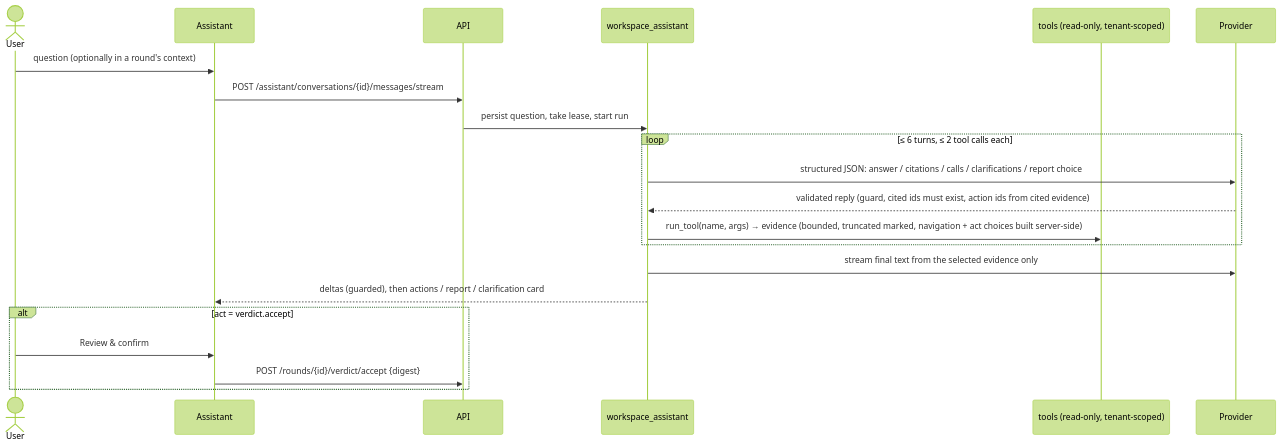
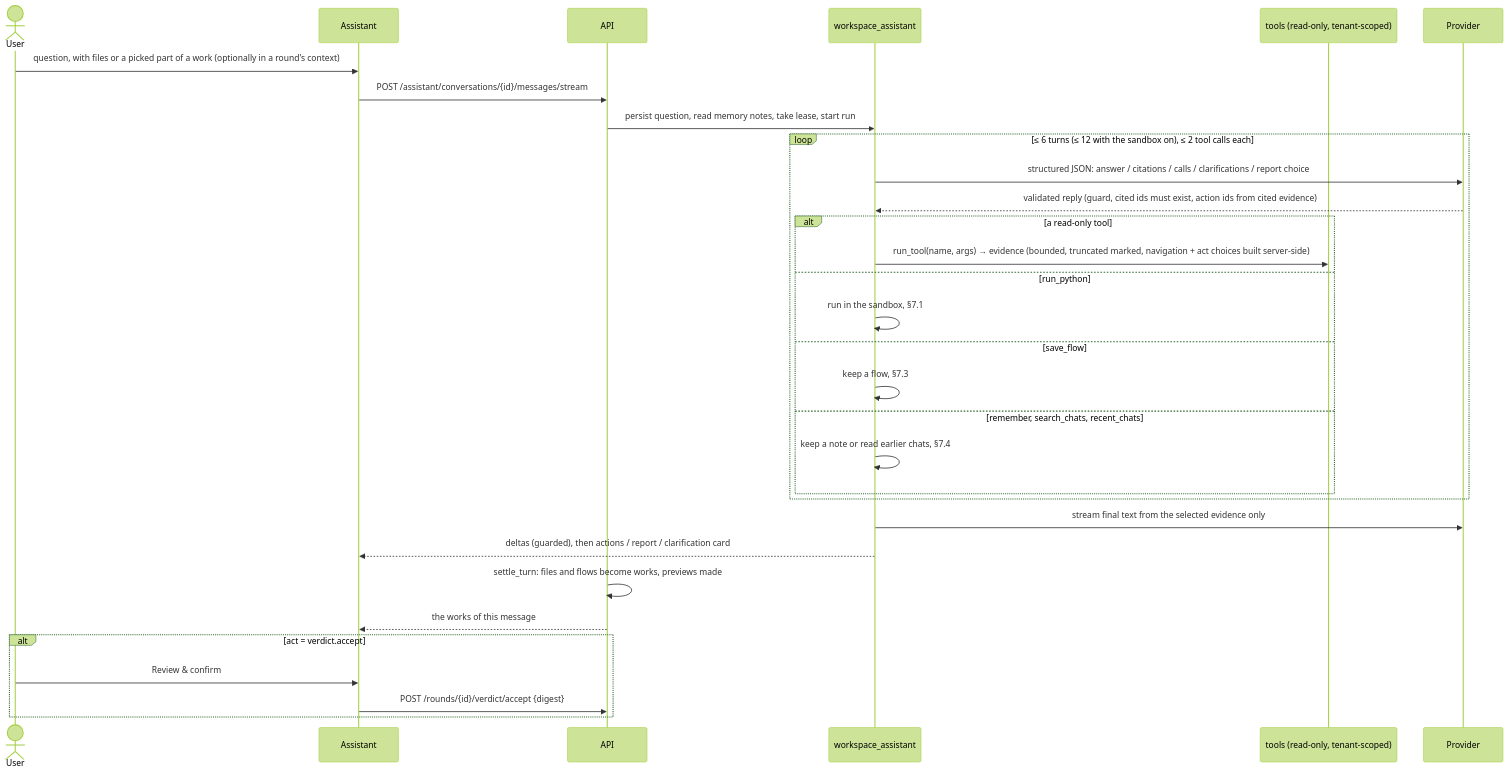
The ninth of 20 diagrams in docs/SYSTEM_FLOWS.md (BeatChalongrat/Forma), drawn with Mermaid (forest theme) before and after one commit. The commit also changed other lines of this file and 11 other files, not shown here.

First line of the commit message:
docs: flows and stories for one person on one machine

````diff
--- a/docs/SYSTEM_FLOWS.md
+++ b/docs/SYSTEM_FLOWS.md
@@ -213,23 +305,33 @@
 ```mermaid
 sequenceDiagram
   actor U as User
   participant UI as Assistant
   participant API as API
   participant A as workspace_assistant
   participant T as tools (read-only, tenant-scoped)
   participant LLM as Provider
-  U->>UI: question (optionally in a round's context)
+  U->>UI: question, with files or a picked part of a work (optionally in a round's context)
   UI->>API: POST /assistant/conversations/{id}/messages/stream
-  API->>A: persist question, take lease, start run
-  loop ≤ 6 turns, ≤ 2 tool calls each
+  API->>A: persist question, read memory notes, take lease, start run
+  loop ≤ 6 turns (≤ 12 with the sandbox on), ≤ 2 tool calls each
     A->>LLM: structured JSON: answer / citations / calls / clarifications / report choice
     LLM-->>A: validated reply (guard, cited ids must exist, action ids from cited evidence)
-    A->>T: run_tool(name, args) → evidence (bounded, truncated marked, navigation + act choices built server-side)
+    alt a read-only tool
+      A->>T: run_tool(name, args) → evidence (bounded, truncated marked, navigation + act choices built server-side)
+    else run_python
+      A->>A: run in the sandbox, §7.1
+    else save_flow
+      A->>A: keep a flow, §7.3
+    else remember, search_chats, recent_chats
+      A->>A: keep a note or read earlier chats, §7.4
+    end
   end
   A->>LLM: stream final text from the selected evidence only
   A-->>UI: deltas (guarded), then actions / report / clarification card
+  API->>API: settle_turn: files and flows become works, previews made
+  API-->>UI: the works of this message
   alt act = verdict.accept
     U->>UI: Review & confirm
     UI->>API: POST /rounds/{id}/verdict/accept {digest}
   end
 ```
````
